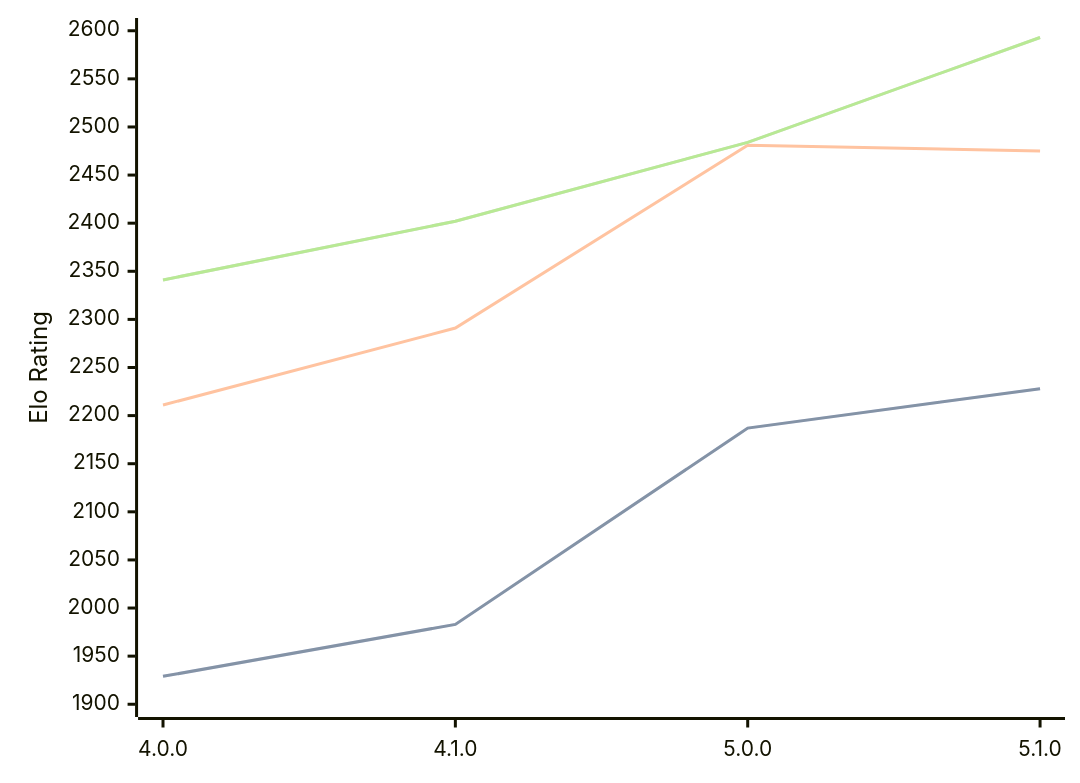
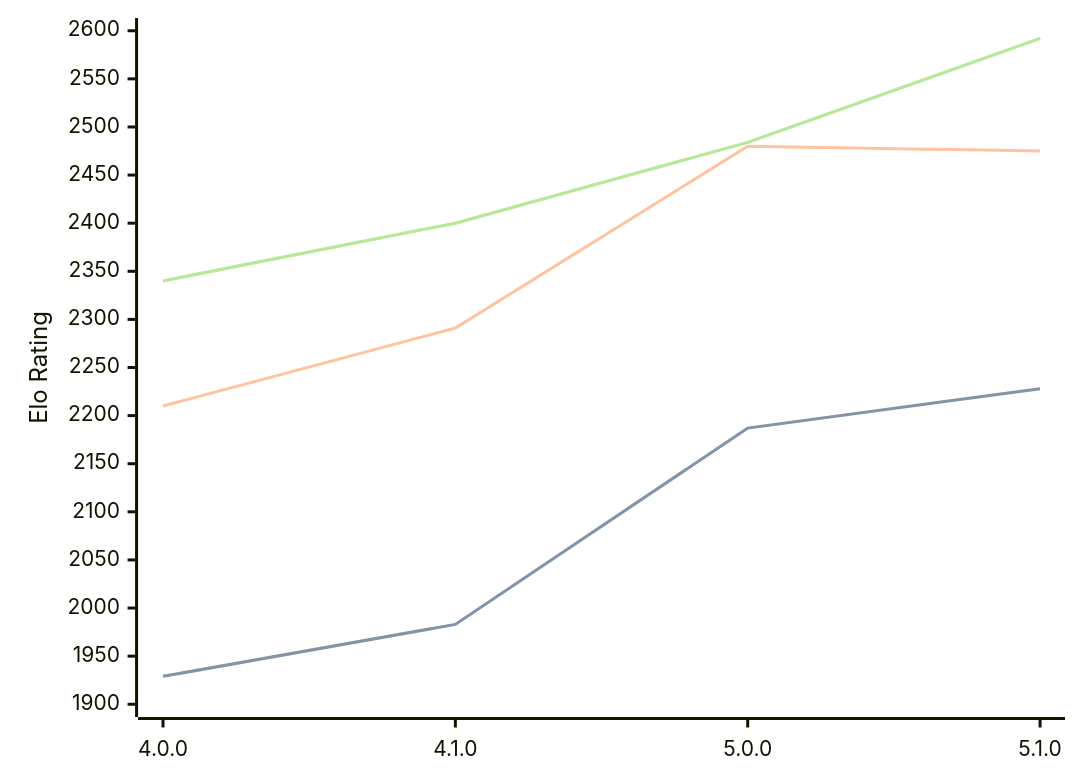
Before and after one commit to computer-chess-index/cci: the diagram in engines/Aconcagua.md, drawn with Mermaid. The commit also changed other lines of this file, not shown here.

Commit message:
Update CCI Ratings (ELO VLTC) - 2026-04-07

````diff
--- a/engines/Aconcagua.md
+++ b/engines/Aconcagua.md
@@ -43,11 +43,11 @@
 ```mermaid
 %%{init: {"theme":"base","themeVariables":{"seriesColors:['#a3a3a3','#222221','#faa371']}}}%%
 xychart-beta
   x-axis ["4.0.0", "4.1.0", "5.0.0", "5.1.0"]
   y-axis "Elo Rating" 1900 --> 2600
   line "STC (8.0+0.08s)" [1929, 1983, 2187, 2228]
   line "STC (8.0+0.08s)" [1929, 1983, 2187, 2228]
-  line "LTC (60.0+0.60s)" [2211, 2291, 2481, 2475]
-  line "VLTC (2m24s+1.12s)" [2341, 2402, 2484, 2593]
-  line "VLTC (2m24s+1.12s)" [2341, 2402, 2484, 2593]
+  line "LTC (60.0+0.60s)" [2210, 2291, 2480, 2475]
+  line "VLTC (2m24s+1.12s)" [2340, 2400, 2484, 2592]
+  line "VLTC (2m24s+1.12s)" [2340, 2400, 2484, 2592]
 ```
````
